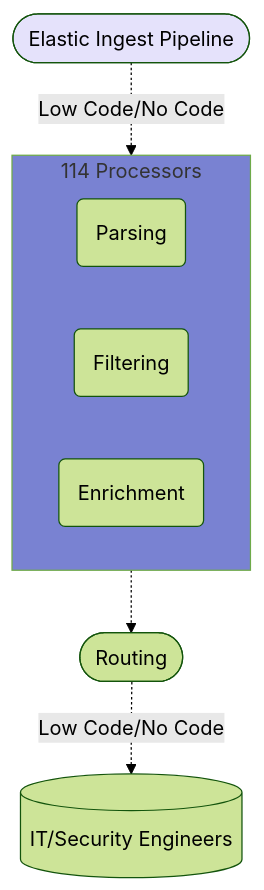
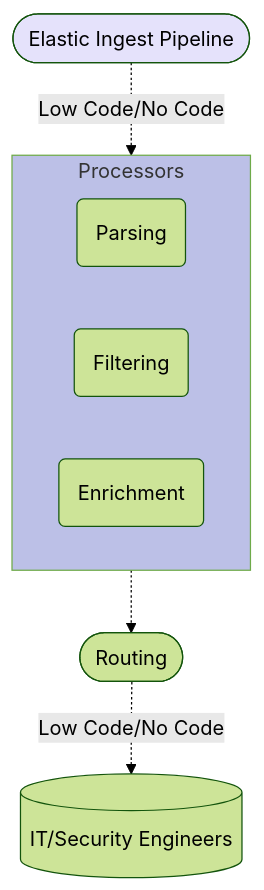
One commit to VirtualMetric/virtualmetric-docs changed the seventh of 8 diagrams in docs/about/key-features.mdx. Above: the diagram before and after it, drawn with Mermaid (forest theme). The commit also changed other lines of this file and 7 other files, not shown here.

````diff
--- a/docs/about/key-features.mdx
+++ b/docs/about/key-features.mdx
@@ -297,17 +297,17 @@
 ```mermaid
 graph TD
     EIP([Elastic Ingest Pipeline])
     
-    subgraph Processors[114 Processors]
+    subgraph Processors[Processors]
         P1(Parsing)
         P2(Filtering)
         P3(Enrichment)
     end
     
     EIP -.-> |Low Code/No Code| Processors
     Processors -.-> Routing([Routing])
     Routing -.->  |Low Code/No Code| Engineers[(IT/Security Engineers)]
     
     style EIP fill:#E5E2FB
-    style Processors fill:#7982D2
+    style Processors fill:#BCC0E7
 ```
````
